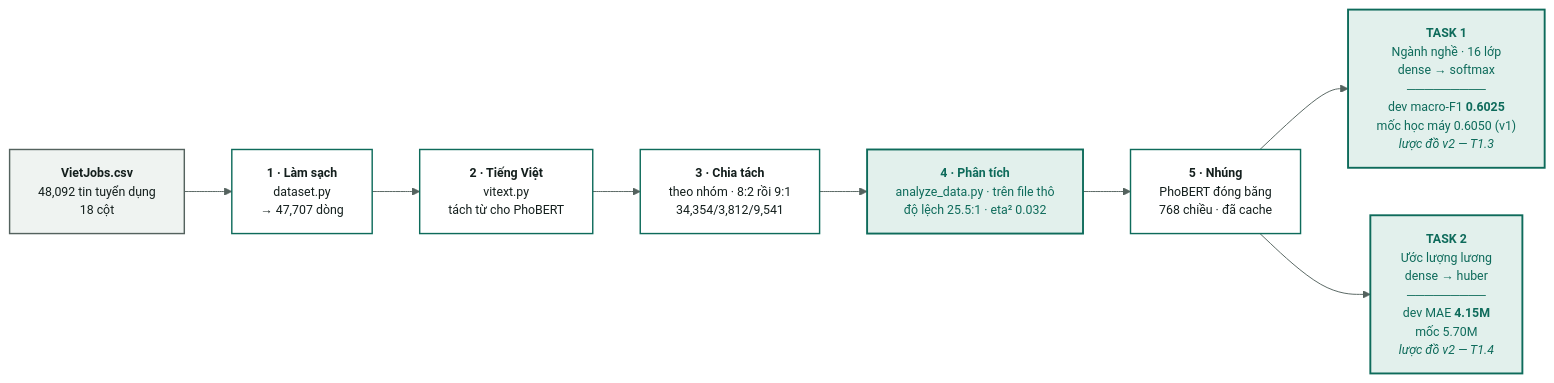
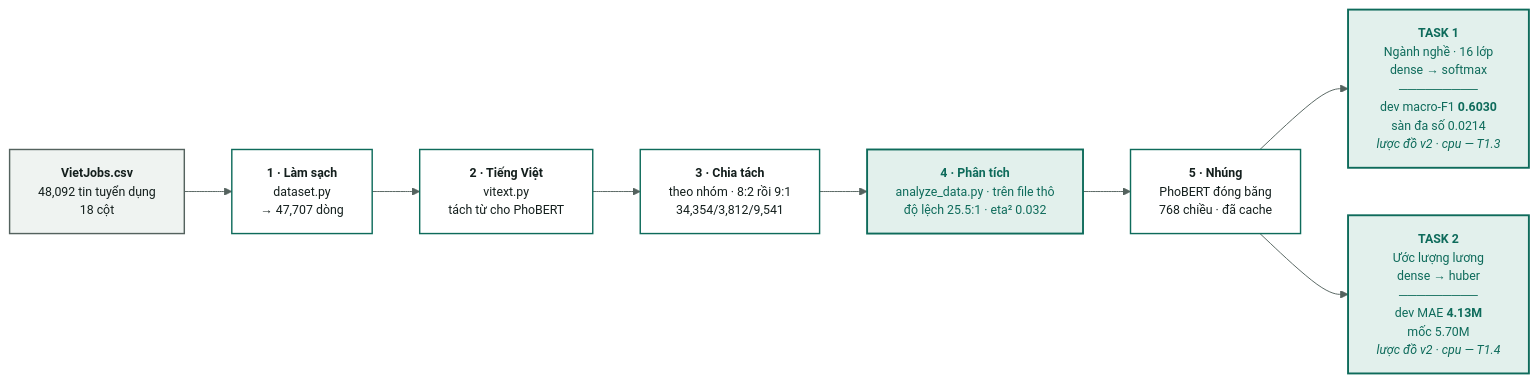
One commit to boy2407/vietjobs changed the diagram in docs/00-tong-quan.md. Above: the diagram before and after it, drawn with Mermaid. The commit also changed other lines of this file and 76 other files, not shown here.

````diff
--- a/docs/00-tong-quan.md
+++ b/docs/00-tong-quan.md
@@ -35,29 +34,29 @@
 ```mermaid
 %%{init:{'theme':'base','themeVariables':{
   'primaryColor':'#EFF3F1','primaryTextColor':'#141F1D','primaryBorderColor':'#54625E',
   'lineColor':'#54625E','fontSize':'13px','fontFamily':'Be Vietnam Pro, Segoe UI, sans-serif',
   'clusterBkg':'#FFFFFF','clusterBorder':'#C3CFCB','edgeLabelBackground':'#FFFFFF',
   'secondaryColor':'#FFFFFF','tertiaryColor':'#FFFFFF','mainBkg':'#FFFFFF',
   'nodeTextColor':'#141F1D','titleColor':'#141F1D'}}}%%
 flowchart LR
     classDef default fill:#FFFFFF,stroke:#54625E,stroke-width:1.5px,color:#141F1D
     RAW["<b>VietJobs.csv</b><br/>48,092 tin tuyển dụng<br/>18 cột"]
     CLEAN["<b>1 · Làm sạch</b><br/>dataset.py<br/>→ 47,707 dòng"]
     VI["<b>2 · Tiếng Việt</b><br/>vitext.py<br/>tách từ cho PhoBERT"]
     SPLIT["<b>3 · Chia tách</b><br/>theo nhóm · 8:2 rồi 9:1<br/>34,354/3,812/9,541"]
     EDA["<b>4 · Phân tích</b><br/>analyze_data.py · trên file thô<br/>độ lệch 25.5:1 · eta² 0.032"]
     ENC["<b>5 · Nhúng</b><br/>PhoBERT đóng băng<br/>768 chiều · đã cache"]
-    A["<b>TASK 1</b><br/>Ngành nghề · 16 lớp<br/>dense → softmax<br/>─────────<br/>dev macro-F1 <b>0.6025</b><br/>mốc học máy 0.6050 (v1)<br/><i>lược đồ v2 — T1.3</i>"]
-    B["<b>TASK 2</b><br/>Ước lượng lương<br/>dense → huber<br/>─────────<br/>dev MAE <b>4.15M</b><br/>mốc 5.70M<br/><i>lược đồ v2 — T1.4</i>"]
+    A["<b>TASK 1</b><br/>Ngành nghề · 16 lớp<br/>dense → softmax<br/>─────────<br/>dev macro-F1 <b>0.6030</b><br/>sàn đa số 0.0214<br/><i>lược đồ v2 · cpu — T1.3</i>"]
+    B["<b>TASK 2</b><br/>Ước lượng lương<br/>dense → huber<br/>─────────<br/>dev MAE <b>4.13M</b><br/>mốc 5.70M<br/><i>lược đồ v2 · cpu — T1.4</i>"]
 
     RAW --> CLEAN --> VI --> SPLIT --> EDA --> ENC
     ENC --> A
     ENC --> B
 
     classDef done fill:#E2F0EC,stroke:#0E6B5B,stroke-width:2px,color:#0E6B5B
     classDef ok fill:#FFFFFF,stroke:#0E6B5B,stroke-width:1.5px,color:#141F1D
     classDef data fill:#EFF3F1,stroke:#54625E,stroke-width:1.5px,color:#141F1D
     class RAW data
     class CLEAN,VI,SPLIT,ENC ok
     class EDA,A,B done
 ```
````
